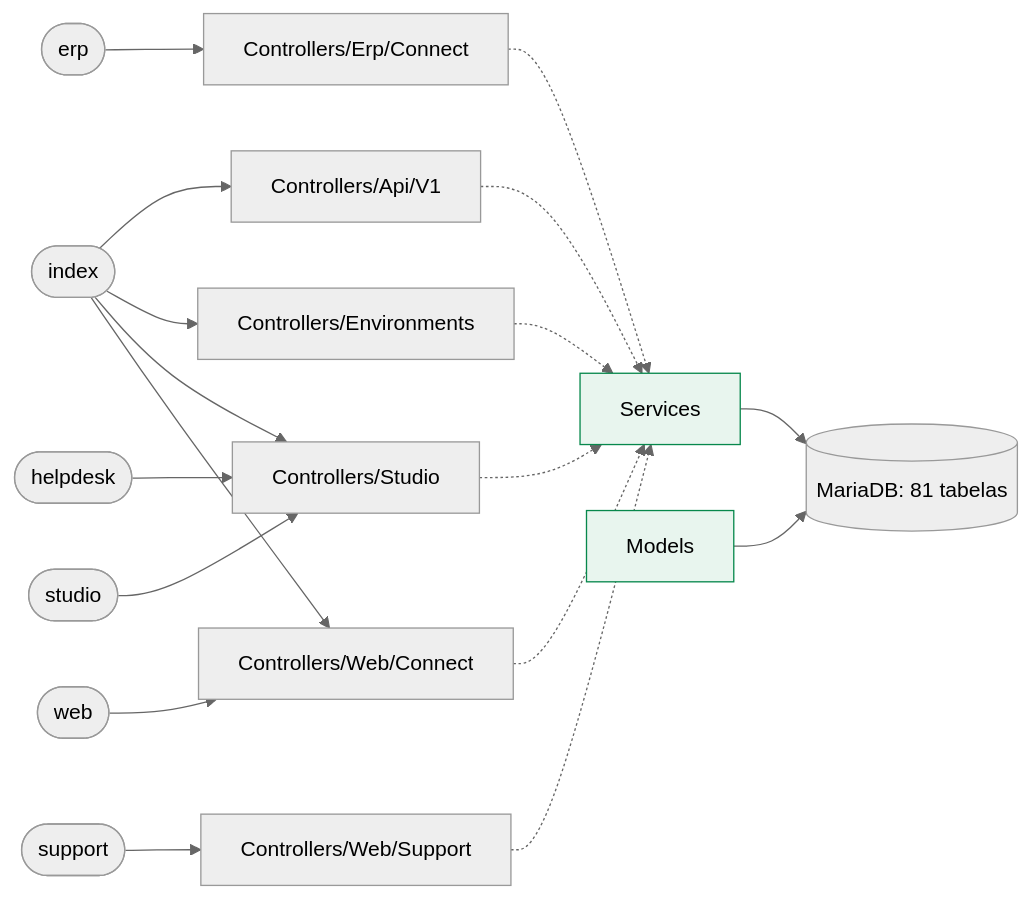
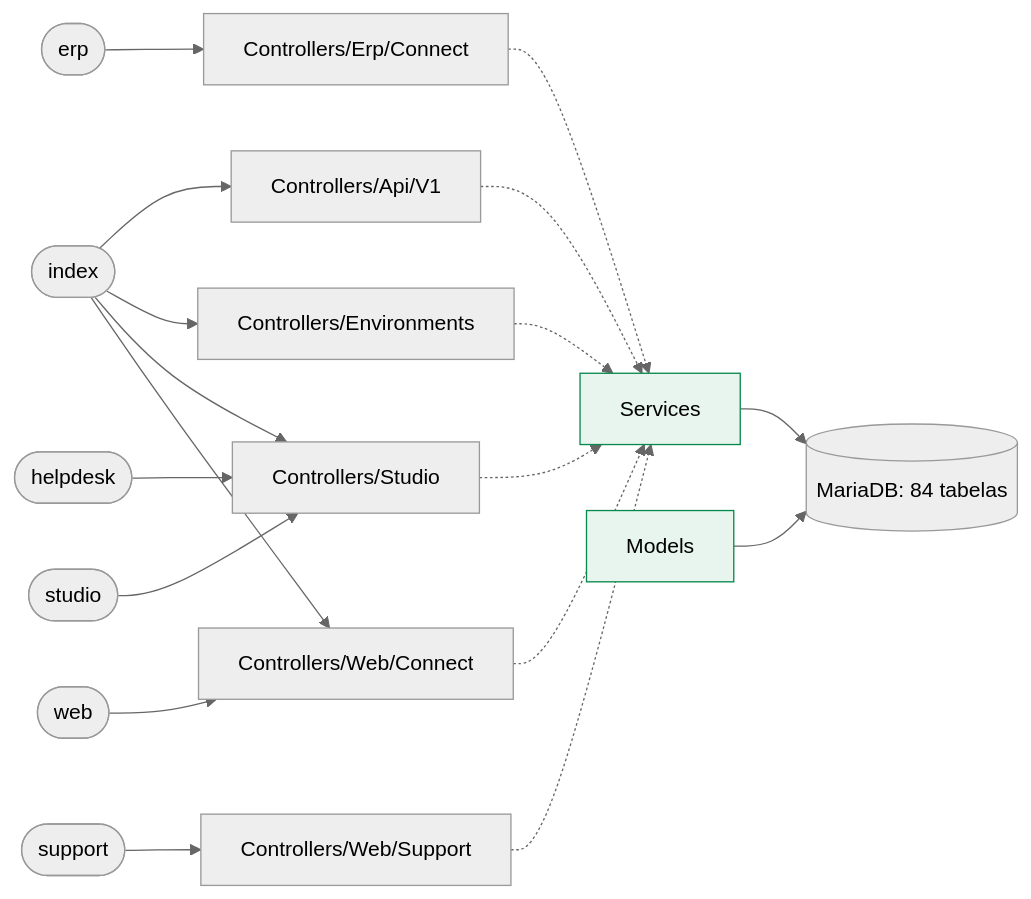
The first of 2 diagrams in docs/map/README.md (djalmamartins/connect-erp), drawn with Mermaid (neutral theme) before and after one commit. The commit also changed other lines of this file and 1 other file, not shown here.

````diff
--- a/docs/map/README.md
+++ b/docs/map/README.md
@@ -13,30 +13,30 @@
 ```mermaid
 flowchart LR
   env_erp(["erp"])
   env_erp --> pkg_Controllers_Erp_Connect["Controllers/Erp/Connect"]
   env_helpdesk(["helpdesk"])
   env_helpdesk --> pkg_Controllers_Studio["Controllers/Studio"]
   env_index(["index"])
   env_index --> pkg_Controllers_Api_V1["Controllers/Api/V1"]
   env_index --> pkg_Controllers_Environments["Controllers/Environments"]
   env_index --> pkg_Controllers_Studio["Controllers/Studio"]
   env_index --> pkg_Controllers_Web_Connect["Controllers/Web/Connect"]
   env_studio(["studio"])
   env_studio --> pkg_Controllers_Studio["Controllers/Studio"]
   env_support(["support"])
   env_support --> pkg_Controllers_Web_Support["Controllers/Web/Support"]
   env_web(["web"])
   env_web --> pkg_Controllers_Web_Connect["Controllers/Web/Connect"]
   pkg_svc["Services"]:::svc
   pkg_mdl["Models"]:::svc
-  db[("MariaDB: 81 tabelas")]
+  db[("MariaDB: 84 tabelas")]
   pkg_Controllers_Api_V1 -.-> pkg_svc
   pkg_Controllers_Environments -.-> pkg_svc
   pkg_Controllers_Erp_Connect -.-> pkg_svc
   pkg_Controllers_Studio -.-> pkg_svc
   pkg_Controllers_Web_Connect -.-> pkg_svc
   pkg_Controllers_Web_Support -.-> pkg_svc
   pkg_svc --> db
   pkg_mdl --> db
   classDef svc fill:#e8f5ee,stroke:#07884c
 ```
````
